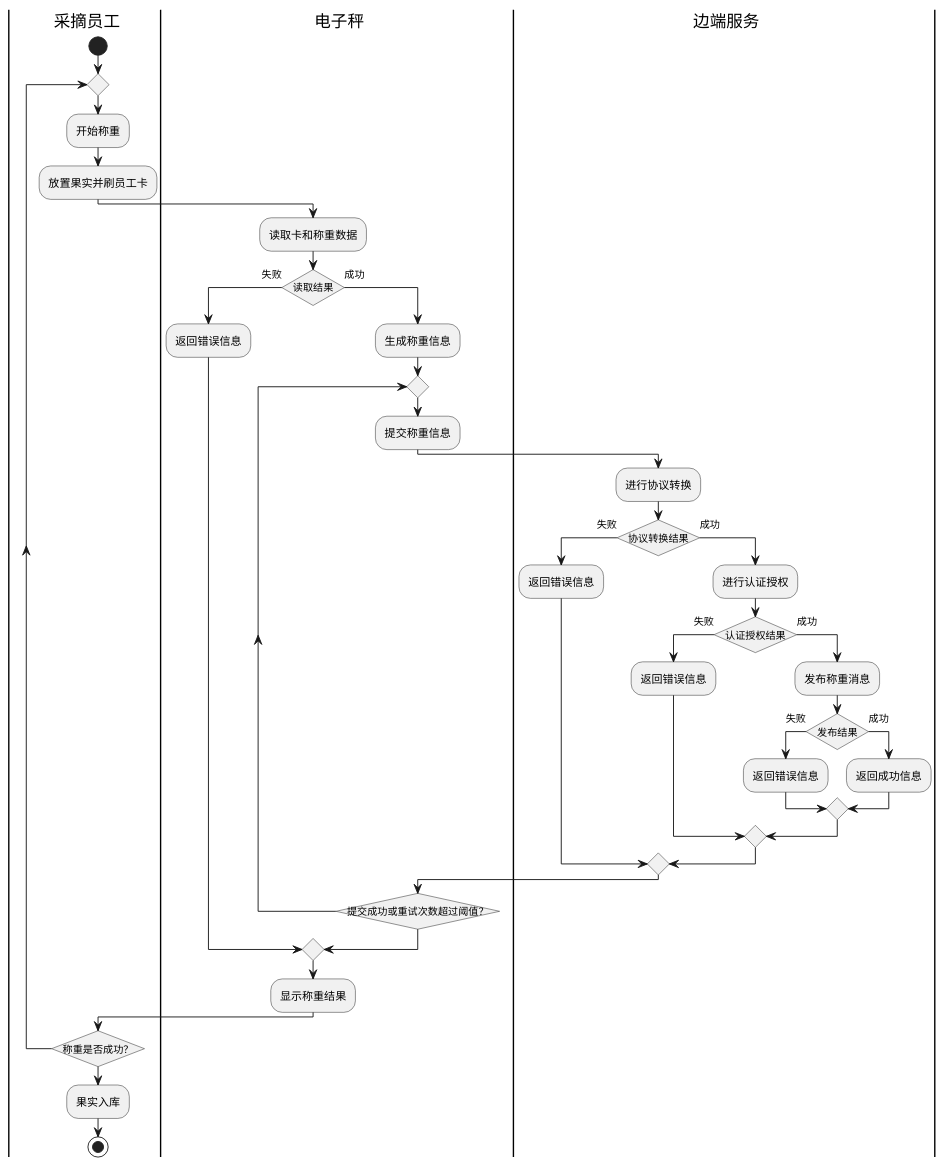
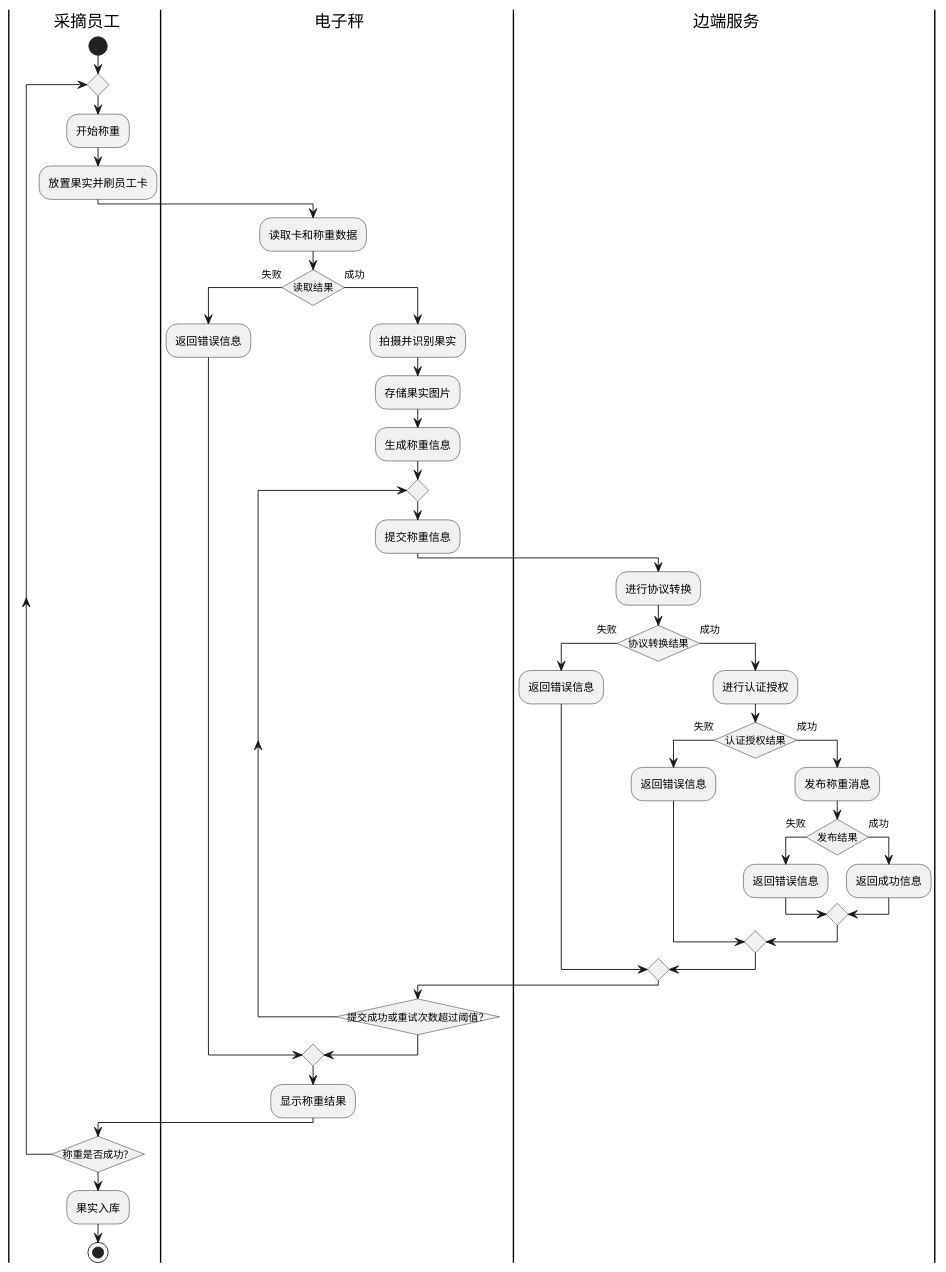
One commit to akynazh/aws changed the diagram in design/边端称重数据处理流程活动图.puml. Above: the diagram before and after it, drawn with PlantUML. The commit also changed 14 other files, not shown here.

```diff
--- a/design/边端称重数据处理流程活动图.puml
+++ b/design/边端称重数据处理流程活动图.puml
@@ -1,51 +1,53 @@
 @startuml 边端称重数据处理流程活动图
 skinparam conditionStyle InsideDiamond
 
 |u| 采摘员工
 |sc| 电子秤
 |edge| 边端服务
 
 |u|
 start
 repeat
 :开始称重;
 :放置果实并刷员工卡;
 |sc|
 :读取卡和称重数据;
 |sc|
 if (读取结果) then(失败)
     |sc|
     :返回错误信息;
 else(成功)
     |sc|
+    :拍摄并识别果实;
+    :存储果实图片;
     :生成称重信息;
     repeat
     :提交称重信息;
     |edge|
     :进行协议转换;
     if (协议转换结果) then(失败)
         :返回错误信息;
     else(成功)
         :进行认证授权;
         if (认证授权结果) then(失败)
             :返回错误信息;
         else (成功)
             |edge|
             :发布称重消息;
             if (发布结果) then(失败)
                 :返回错误信息;
             else(成功)
                 :返回成功信息;
             endif
         endif
     endif
     |sc|
     repeat while(提交成功或重试次数超过阈值？)
 endif
 |sc|
 :显示称重结果;
 |u|
 repeat while(称重是否成功？)
 :果实入库;
 stop
 @enduml
```
